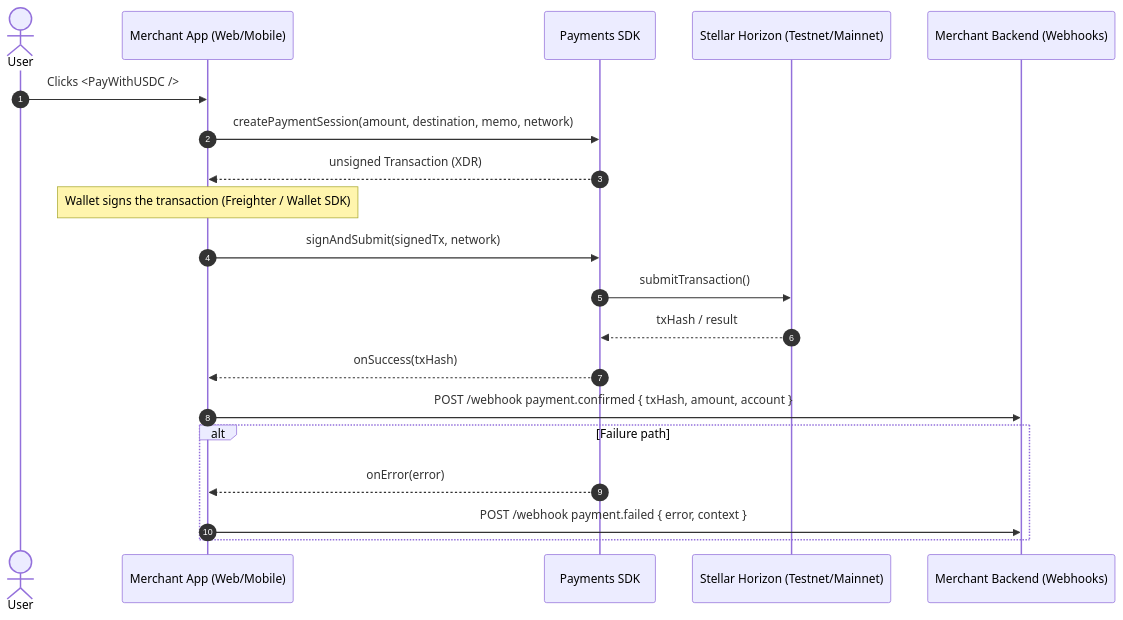
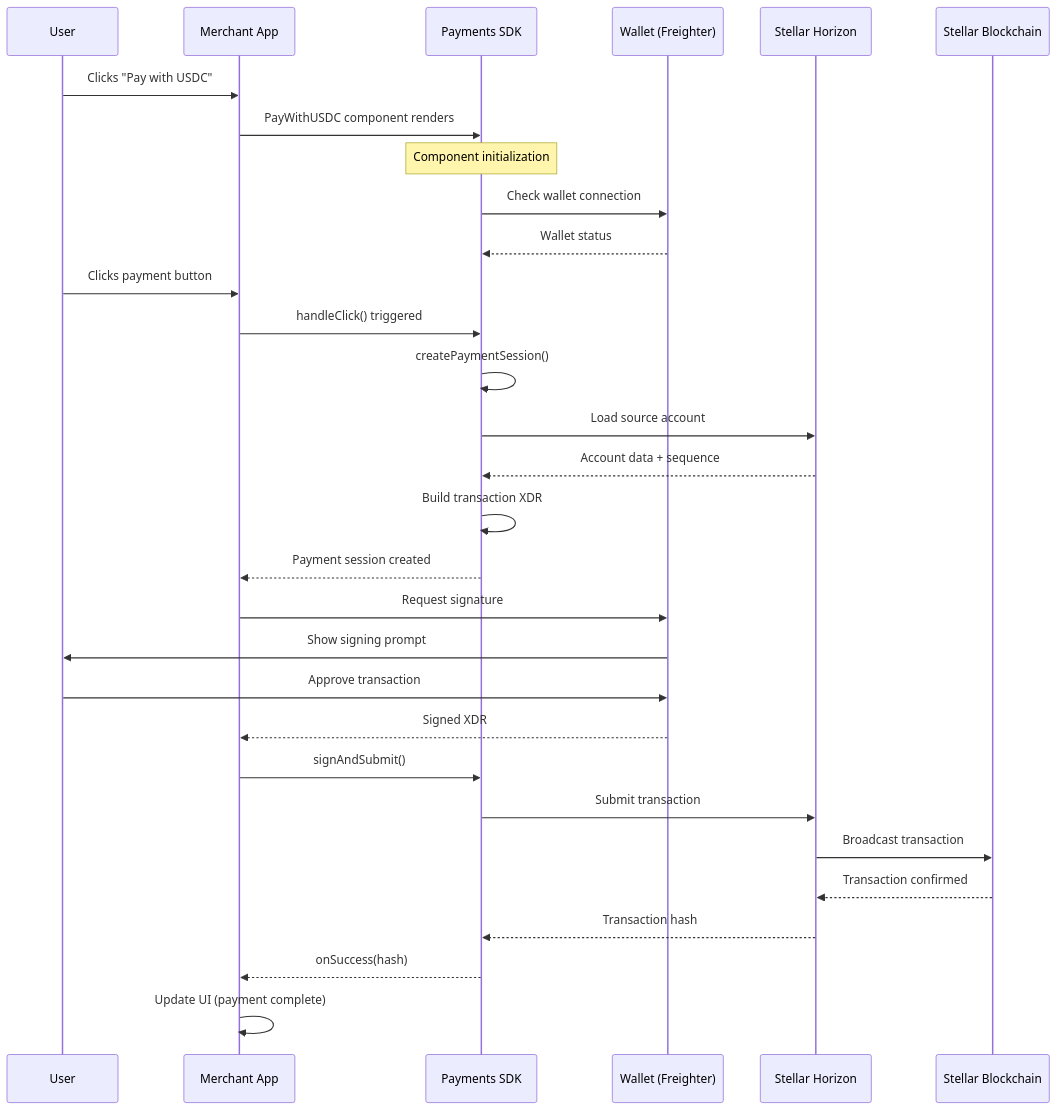
One commit to ZacksonPessoa/USDC-Payments-SDK-for-Stellar-Web-Mobile- changed the second of 5 diagrams in docs/architecture.md. Above: the diagram before and after it, drawn with Mermaid. The commit also changed other lines of this file and 14 other files, not shown here.

First line of the commit message:
feat: Complete SDK implementation with comprehensive documentation

````diff
--- a/docs/architecture.md
+++ b/docs/architecture.md
@@ -9,27 +71,39 @@
 ```mermaid
 sequenceDiagram
-    autonumber
-    actor U as User
-    participant M as Merchant App (Web/Mobile)
+    participant U as User
+    participant M as Merchant App
     participant SDK as Payments SDK
-    participant H as Stellar Horizon (Testnet/Mainnet)
-    participant B as Merchant Backend (Webhooks)
+    participant W as Wallet (Freighter)
+    participant H as Stellar Horizon
+    participant B as Stellar Blockchain
 
-    U->>M: Clicks <PayWithUSDC />
-    M->>SDK: createPaymentSession(amount, destination, memo, network)
-    SDK-->>M: unsigned Transaction (XDR)
-
-    note over M: Wallet signs the transaction (Freighter / Wallet SDK)
-
-    M->>SDK: signAndSubmit(signedTx, network)
-    SDK->>H: submitTransaction()
-    H-->>SDK: txHash / result
-    SDK-->>M: onSuccess(txHash)
-
-    M->>B: POST /webhook payment.confirmed { txHash, amount, account }
-
-    alt Failure path
-      SDK-->>M: onError(error)
-      M->>B: POST /webhook payment.failed { error, context }
-    end
+    U->>M: Clicks "Pay with USDC"
+    M->>SDK: PayWithUSDC component renders
+    
+    Note over SDK: Component initialization
+    SDK->>W: Check wallet connection
+    W-->>SDK: Wallet status
+    
+    U->>M: Clicks payment button
+    M->>SDK: handleClick() triggered
+    
+    SDK->>SDK: createPaymentSession()
+    SDK->>H: Load source account
+    H-->>SDK: Account data + sequence
+    SDK->>SDK: Build transaction XDR
+    SDK-->>M: Payment session created
+    
+    M->>W: Request signature
+    W->>U: Show signing prompt
+    U->>W: Approve transaction
+    W-->>M: Signed XDR
+    
+    M->>SDK: signAndSubmit()
+    SDK->>H: Submit transaction
+    H->>B: Broadcast transaction
+    B-->>H: Transaction confirmed
+    H-->>SDK: Transaction hash
+    SDK-->>M: onSuccess(hash)
+    
+    M->>M: Update UI (payment complete)
 ```
````
